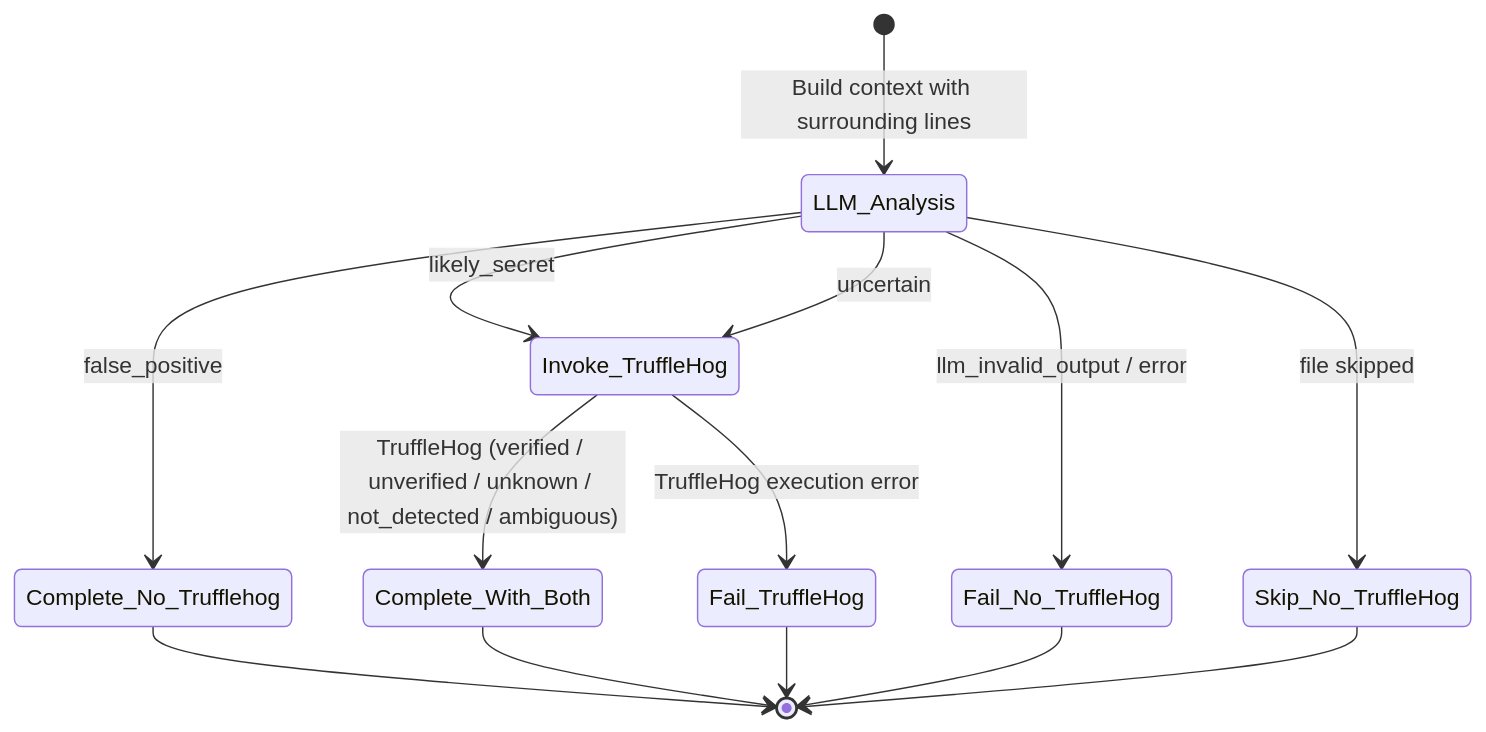
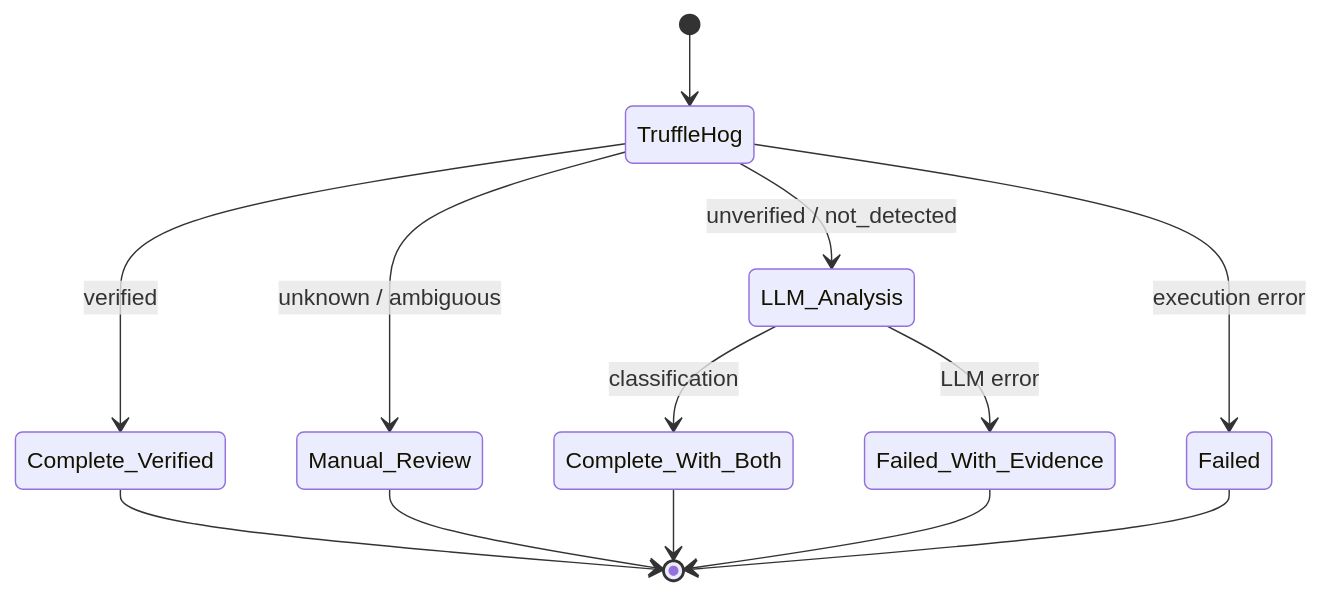
The second of 2 diagrams in secret-reconciler/README.md (shubham-shewale/charming-bohr), drawn with Mermaid before and after one commit. The commit also changed other lines of this file and 11 other files, not shown here.

````diff
--- a/secret-reconciler/README.md
+++ b/secret-reconciler/README.md
@@ -70,19 +70,15 @@
 ```mermaid
 stateDiagram-v2
-    [*] --> LLM_Analysis: Build context with surrounding lines
-    
-    LLM_Analysis --> Complete_No_Trufflehog: false_positive
-    LLM_Analysis --> Invoke_TruffleHog: likely_secret
-    LLM_Analysis --> Invoke_TruffleHog: uncertain
-    LLM_Analysis --> Fail_No_TruffleHog: llm_invalid_output / error
-    LLM_Analysis --> Skip_No_TruffleHog: file skipped
-    
-    Invoke_TruffleHog --> Complete_With_Both: TruffleHog (verified / unverified / unknown / not_detected / ambiguous)
-    Invoke_TruffleHog --> Fail_TruffleHog: TruffleHog execution error
-    
-    Complete_No_Trufflehog --> [*]
+    [*] --> TruffleHog
+    TruffleHog --> Complete_Verified: verified
+    TruffleHog --> Manual_Review: unknown / ambiguous
+    TruffleHog --> LLM_Analysis: unverified / not_detected
+    TruffleHog --> Failed: execution error
+    LLM_Analysis --> Complete_With_Both: classification
+    LLM_Analysis --> Failed_With_Evidence: LLM error
+    Complete_Verified --> [*]
+    Manual_Review --> [*]
     Complete_With_Both --> [*]
-    Fail_No_TruffleHog --> [*]
-    Skip_No_TruffleHog --> [*]
-    Fail_TruffleHog --> [*]
+    Failed --> [*]
+    Failed_With_Evidence --> [*]
 ```
````
